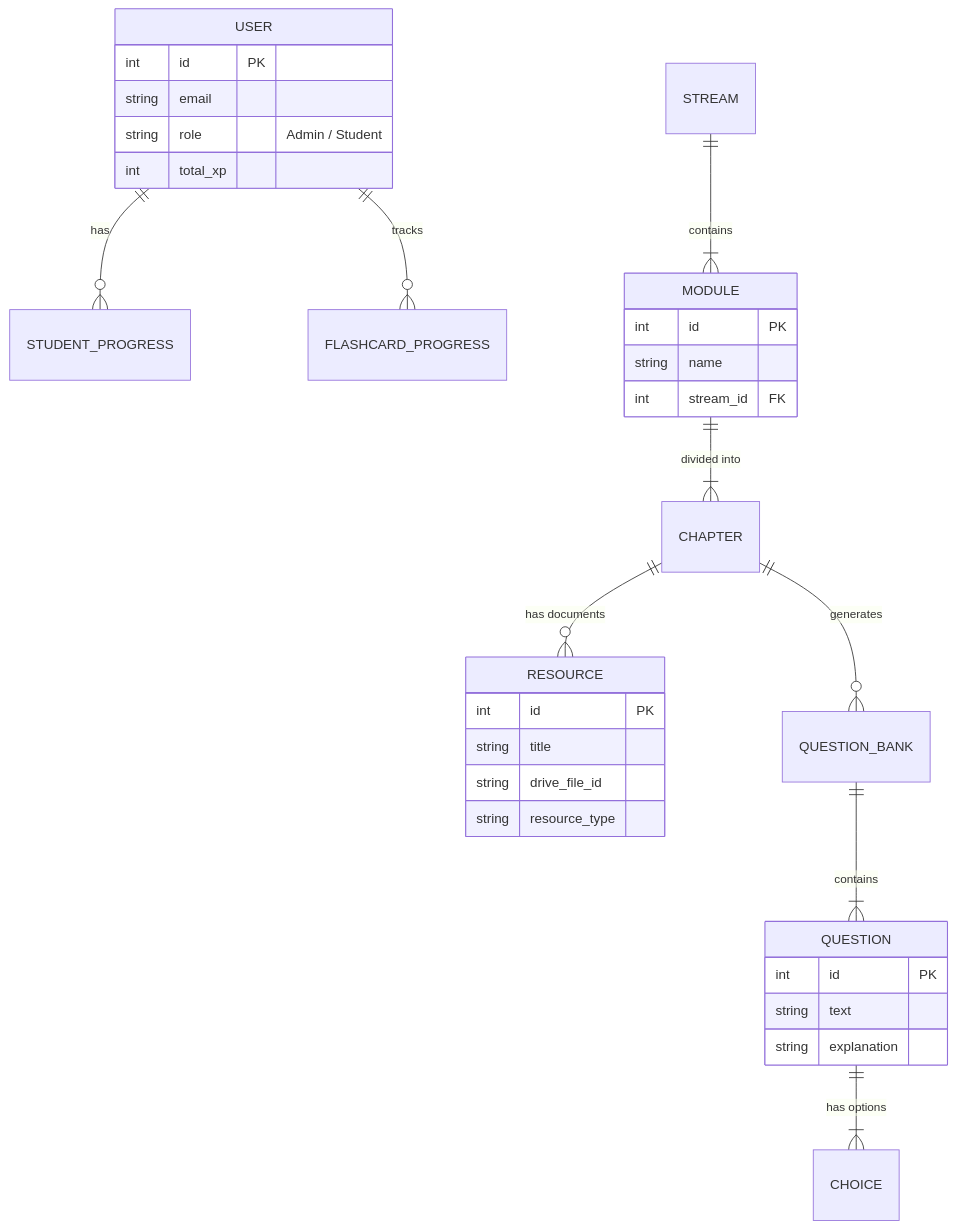
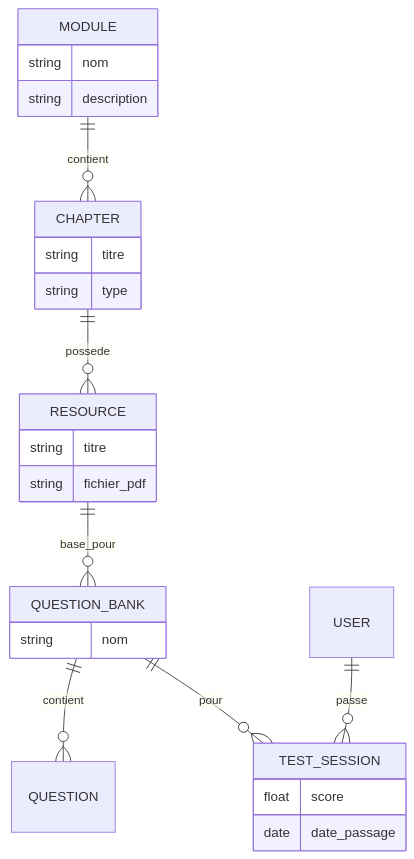
Before and after one commit to Homam-Dany/Application_Web_et_Mobile_des_Cours_Universitaires_Secteur_Informatique: the second of 2 diagrams in README.md, drawn with Mermaid. The commit also changed other lines of this file and 1 other file, not shown here.

````diff
--- a/README.md
+++ b/README.md
@@ -87,39 +57,28 @@
 ```mermaid
 erDiagram
-    USER ||--o{ STUDENT_PROGRESS : "has"
-    USER ||--o{ FLASHCARD_PROGRESS : "tracks"
-    
-    STREAM ||--|{ MODULE : "contains"
-    MODULE ||--|{ CHAPTER : "divided into"
-    CHAPTER ||--o{ RESOURCE : "has documents"
-    CHAPTER ||--o{ QUESTION_BANK : "generates"
-    
-    QUESTION_BANK ||--|{ QUESTION : "contains"
-    QUESTION ||--|{ CHOICE : "has options"
-    
-    USER {
-        int id PK
-        string email
-        string role "Admin / Student"
-        int total_xp
+    MODULE ||--o{ CHAPTER : contient
+    MODULE {
+        string nom
+        string description
     }
-    
-    MODULE {
-        int id PK
-        string name
-        int stream_id FK
+    CHAPTER ||--o{ RESOURCE : possede
+    CHAPTER {
+        string titre
+        string type
     }
-    
+    RESOURCE ||--o{ QUESTION_BANK : base_pour
     RESOURCE {
-        int id PK
-        string title
-        string drive_file_id
-        string resource_type
+        string titre
+        string fichier_pdf
     }
-    
-    QUESTION {
-        int id PK
-        string text
-        string explanation
+    QUESTION_BANK ||--o{ QUESTION : contient
+    QUESTION_BANK {
+        string nom
     }
+    USER ||--o{ TEST_SESSION : passe
+    TEST_SESSION {
+        float score
+        date date_passage
+    }
+    QUESTION_BANK ||--o{ TEST_SESSION : pour
 ```
````
